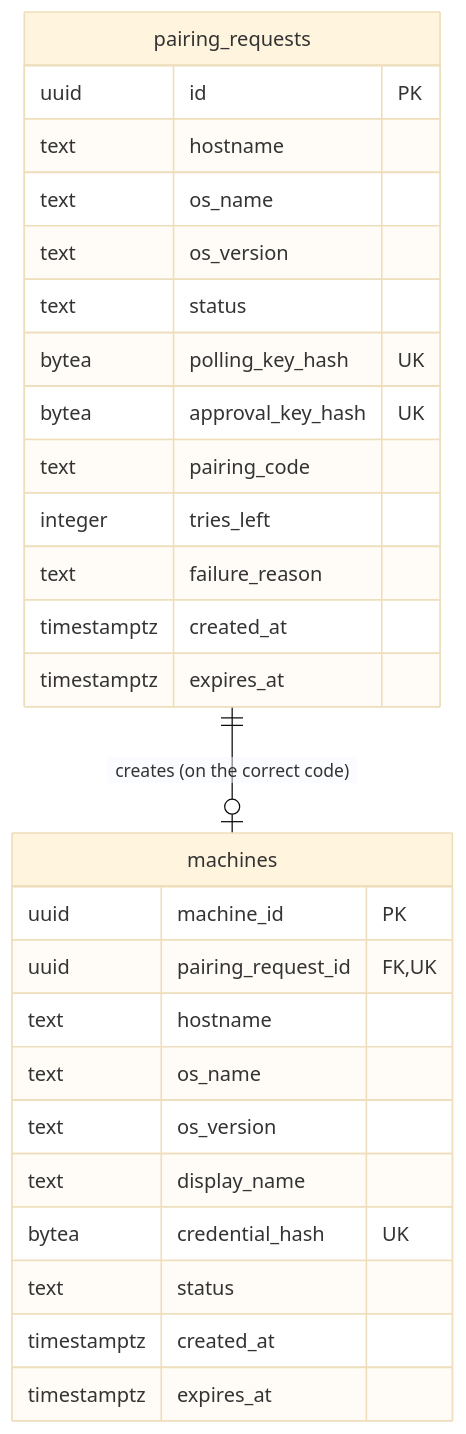
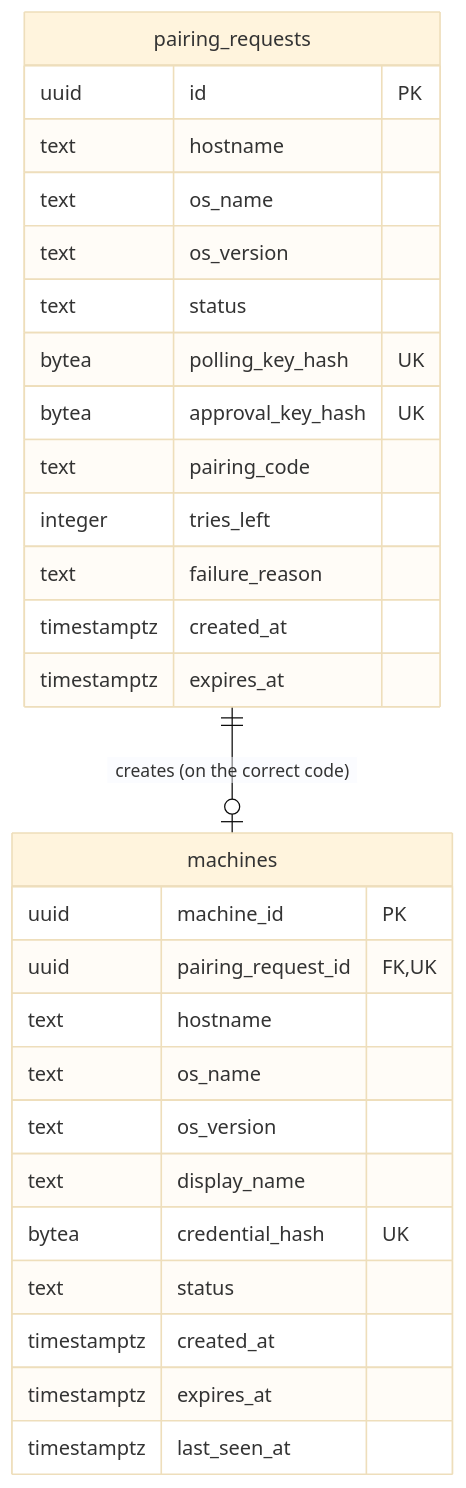
Before and after one commit to BertPratya/tervi: the first of 3 diagrams in design/data-model.md, drawn with Mermaid (base theme). The commit also changed other lines of this file and 1 other file, not shown here.

````diff
--- a/design/data-model.md
+++ b/design/data-model.md
@@ -13,30 +13,31 @@
 ```mermaid
 erDiagram
     pairing_requests ||--o| machines : "creates (on the correct code)"
     pairing_requests {
         uuid id PK
         text hostname
         text os_name
         text os_version
         text status
         bytea polling_key_hash UK
         bytea approval_key_hash UK
         text pairing_code
         integer tries_left
         text failure_reason
         timestamptz created_at
         timestamptz expires_at
     }
     machines {
         uuid machine_id PK
         uuid pairing_request_id FK,UK
         text hostname
         text os_name
         text os_version
         text display_name
         bytea credential_hash UK
         text status
         timestamptz created_at
         timestamptz expires_at
+        timestamptz last_seen_at
     }
 ```
````
